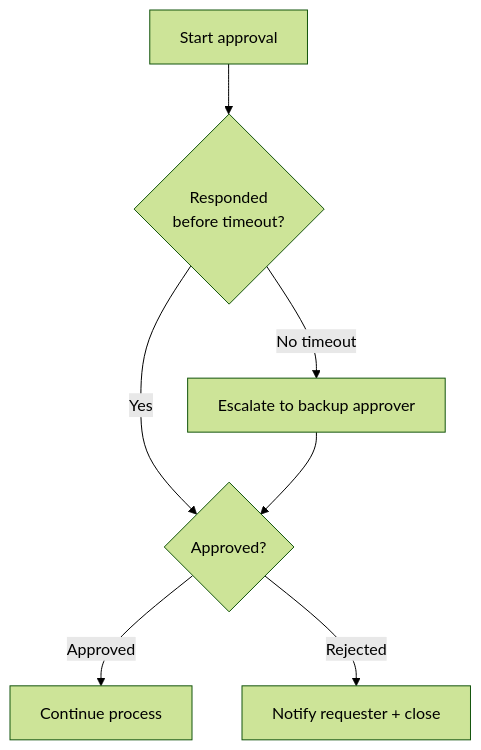
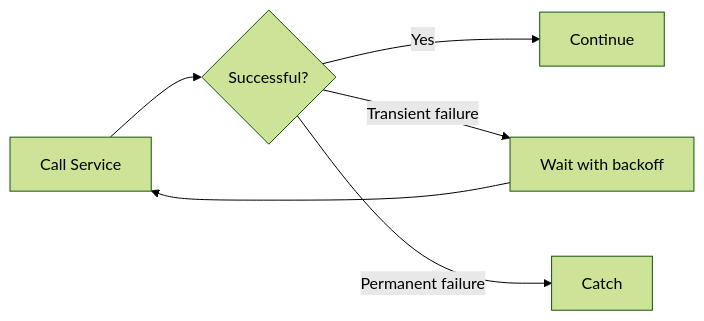
One commit to dartsen/knowledge-repository changed the seventh of 24 diagrams in 05-automation/power-automate/repeatable-patterns.md. Above: the diagram before and after it, drawn with Mermaid (forest theme). The commit also changed other lines of this file, not shown here.

````diff
--- a/05-automation/power-automate/repeatable-patterns.md
+++ b/05-automation/power-automate/repeatable-patterns.md
@@ -77,9 +512,8 @@
 ```mermaid
-flowchart TD
-    START["Start approval"] --> WAIT{"Responded<br/>before timeout?"}
-    WAIT -->|Yes| DECISION{"Approved?"}
-    WAIT -->|No timeout| ESC["Escalate to backup approver"]
-    ESC --> DECISION
-    DECISION -->|Approved| PROCEED["Continue process"]
-    DECISION -->|Rejected| NOTIFY["Notify requester + close"]
+flowchart LR
+    CALL["Call Service"] --> RESULT{"Successful?"}
+    RESULT -->|Yes| NEXT["Continue"]
+    RESULT -->|Transient failure| WAIT["Wait with backoff"]
+    WAIT --> CALL
+    RESULT -->|Permanent failure| CATCH["Catch"]
 ```
````
